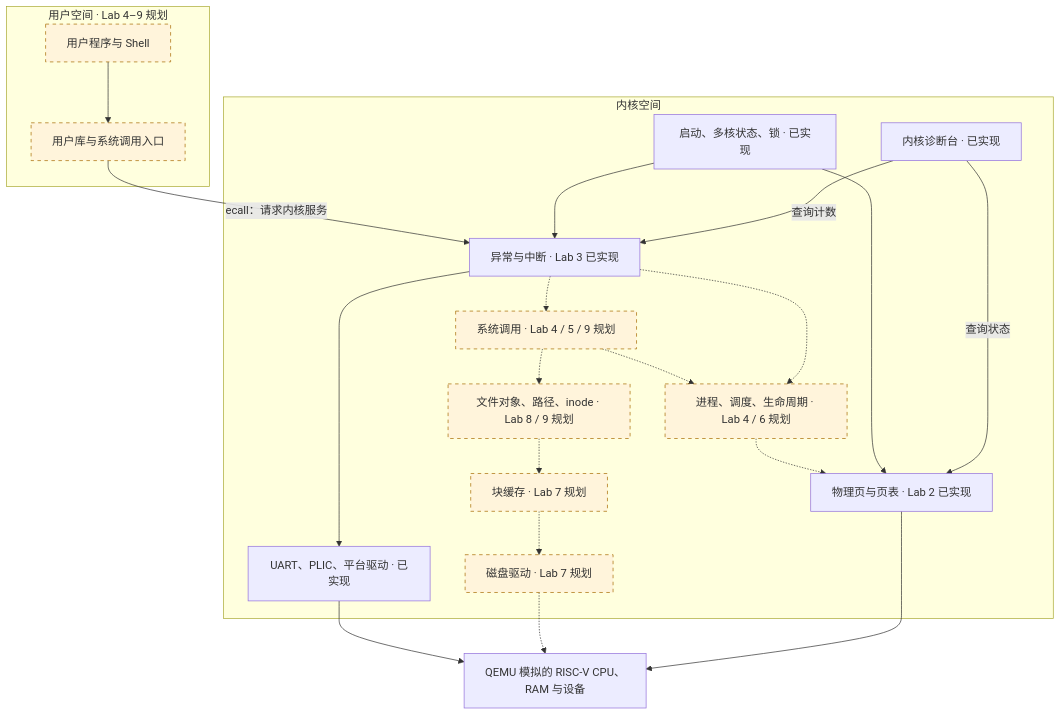
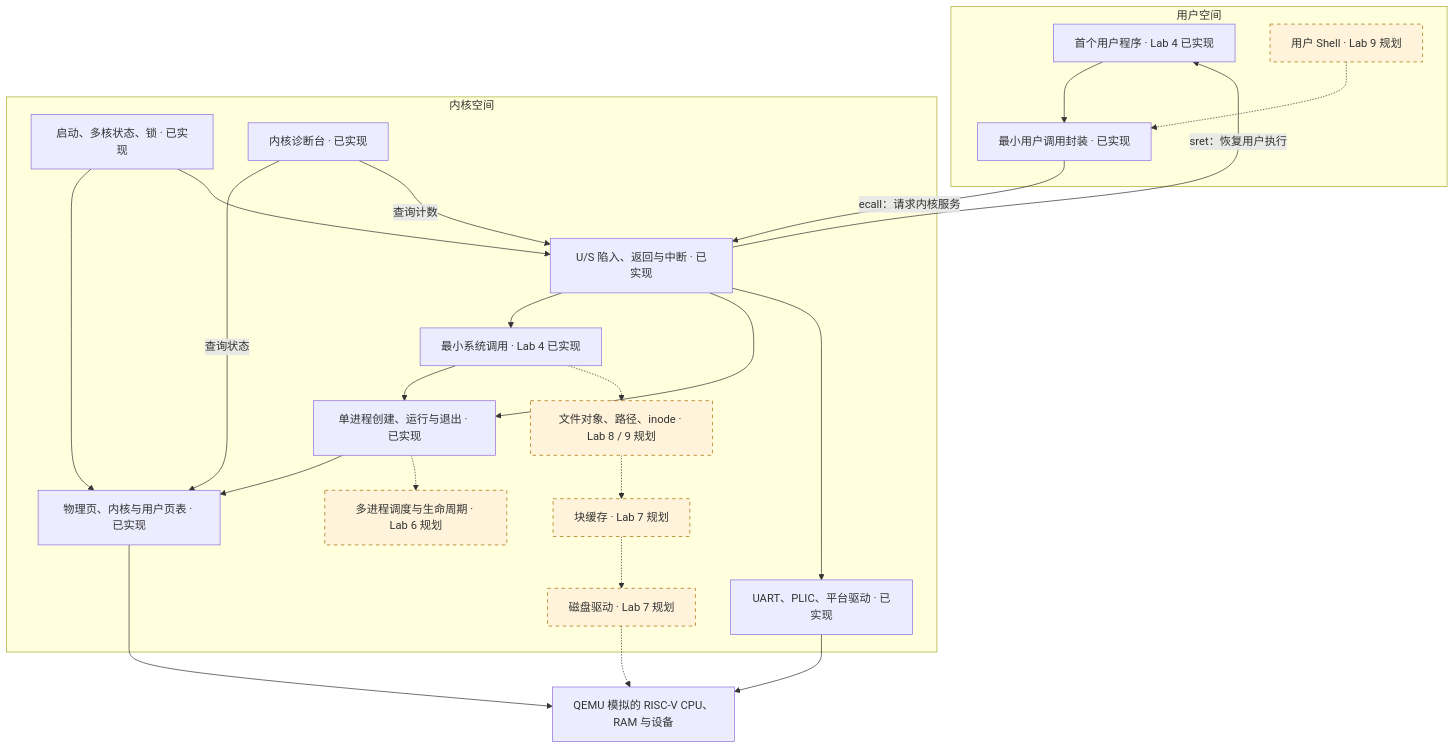
Before and after one commit to 3582800976-netizen/PugeZhangOS: the diagram in ARCHITECTURE.md, drawn with Mermaid. The commit also changed other lines of this file and 108 other files, not shown here.

First line of the commit message:
feat(lab4): run isolated user processes with verified trap round trips

````diff
--- a/ARCHITECTURE.md
+++ b/ARCHITECTURE.md
@@ -9,39 +9,44 @@
 ```mermaid
 flowchart TB
-    subgraph userspace["用户空间 · Lab 4–9 规划"]
-        APP["用户程序与 Shell"]
-        ULIB["用户库与系统调用入口"]
+    subgraph userspace["用户空间"]
+        APP["首个用户程序 · Lab 4 已实现"]
+        SHELL["用户 Shell · Lab 9 规划"]
+        ULIB["最小用户调用封装 · 已实现"]
+        SHELL -.-> ULIB
         APP --> ULIB
     end
     subgraph kernelspace["内核空间"]
-        SYSCALL["系统调用 · Lab 4 / 5 / 9 规划"]
-        PROC["进程、调度、生命周期 · Lab 4 / 6 规划"]
+        SYSCALL["最小系统调用 · Lab 4 已实现"]
+        PROC["单进程创建、运行与退出 · 已实现"]
+        SCHED["多进程调度与生命周期 · Lab 6 规划"]
         FS["文件对象、路径、inode · Lab 8 / 9 规划"]
         BLOCK["块缓存 · Lab 7 规划"]
-        MM["物理页与页表 · Lab 2 已实现"]
-        TRAP["异常与中断 · Lab 3 已实现"]
+        MM["物理页、内核与用户页表 · 已实现"]
+        TRAP["U/S 陷入、返回与中断 · 已实现"]
         DRIVER["UART、PLIC、平台驱动 · 已实现"]
         DISK["磁盘驱动 · Lab 7 规划"]
         CORE["启动、多核状态、锁 · 已实现"]
         MON["内核诊断台 · 已实现"]
     end
     HW["QEMU 模拟的 RISC-V CPU、RAM 与设备"]
     ULIB -->|"ecall：请求内核服务"| TRAP
-    TRAP -.-> SYSCALL
-    SYSCALL -.-> PROC
+    TRAP --> SYSCALL
+    SYSCALL --> PROC
     SYSCALL -.-> FS
-    PROC -.-> MM
-    TRAP -.-> PROC
+    PROC --> MM
+    PROC -.-> SCHED
+    TRAP -->|"sret：恢复用户执行"| APP
+    TRAP --> PROC
     FS -.-> BLOCK
     BLOCK -.-> DISK
     TRAP --> DRIVER
     DRIVER --> HW
     DISK -.-> HW
     MM --> HW
     CORE --> MM
     CORE --> TRAP
     MON -->|"查询状态"| MM
     MON -->|"查询计数"| TRAP
     classDef planned fill:#fff4db,stroke:#a66a00,stroke-dasharray:5 5;
-    class APP,ULIB,SYSCALL,PROC,FS,BLOCK,DISK planned;
+    class SHELL,SCHED,FS,BLOCK,DISK planned;
 ```
````
